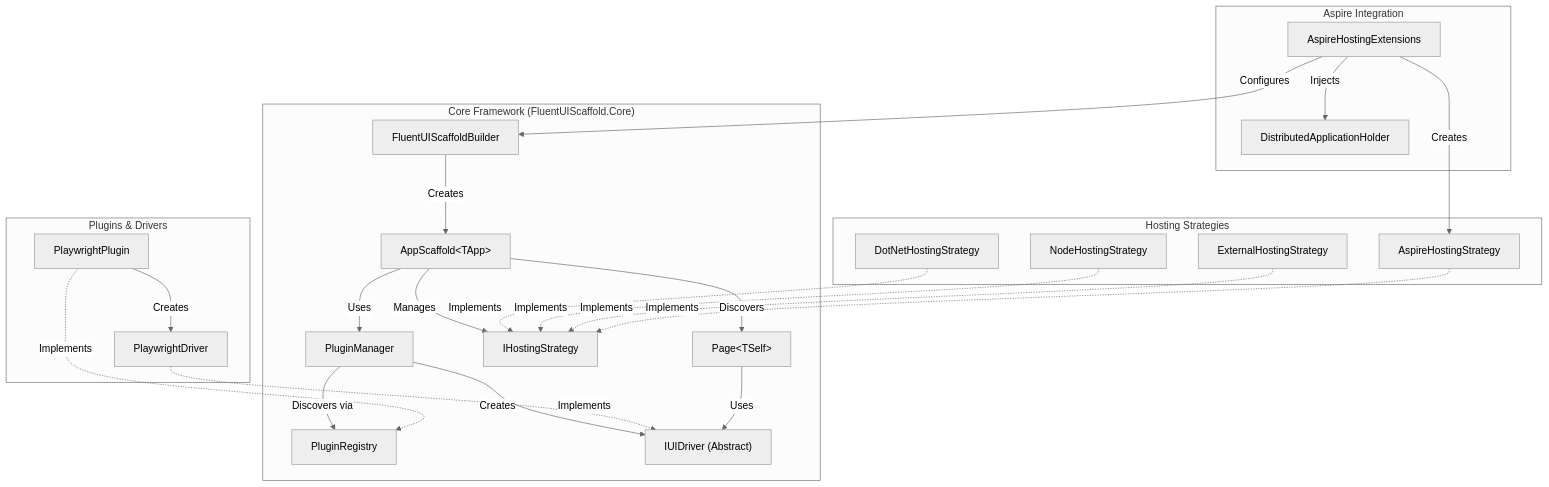
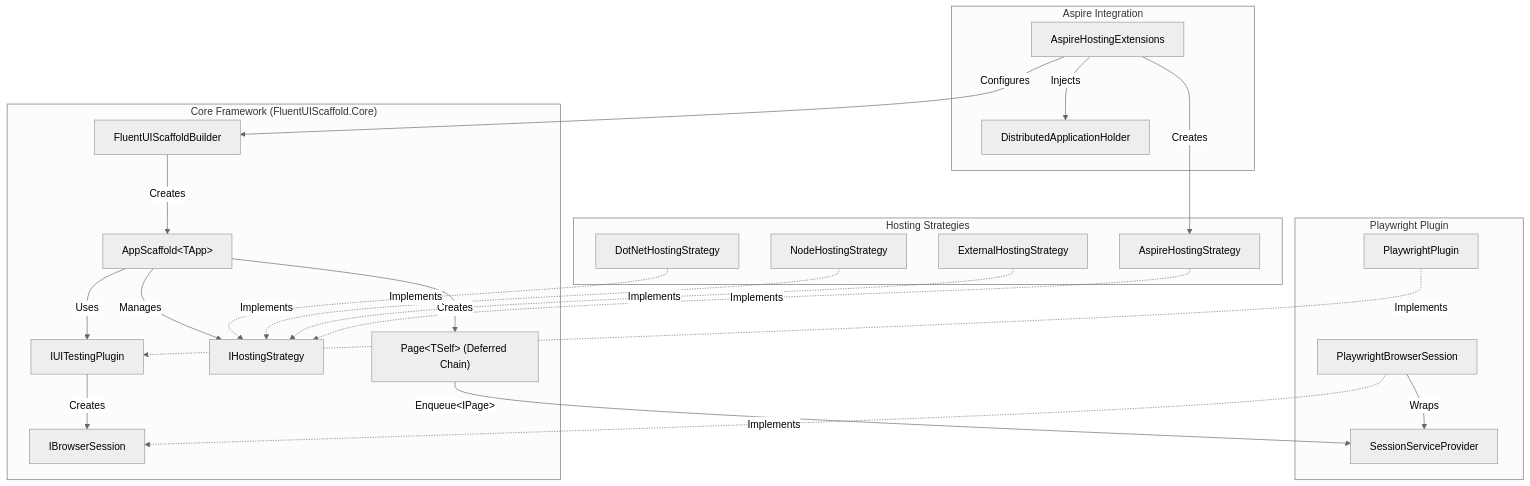
Before and after one commit to rburnham52/fluent-ui-scaffold: the first of 2 diagrams in docs/architecture.md, drawn with Mermaid (neutral theme). The commit also changed other lines of this file and 112 other files, not shown here.

First line of the commit message:
refactor: Foundation redesign - deferred execution chains and plugin/session architecture (#32)

````diff
--- a/docs/architecture.md
+++ b/docs/architecture.md
@@ -5,52 +5,51 @@
 ```mermaid
 graph TD
     subgraph "Core Framework (FluentUIScaffold.Core)"
         App["AppScaffold&lt;TApp&gt;"]
         Builder["FluentUIScaffoldBuilder"]
-        PM["PluginManager"]
-        PR["PluginRegistry"]
+        Plugin["IUITestingPlugin"]
+        Session["IBrowserSession"]
         HS["IHostingStrategy"]
-        Driver["IUIDriver (Abstract)"]
-        Page["Page&lt;TSelf&gt;"]
+        Page["Page&lt;TSelf&gt; (Deferred Chain)"]
     end
 
-    subgraph "Plugins & Drivers"
+    subgraph "Playwright Plugin"
         PP["PlaywrightPlugin"]
-        PD["PlaywrightDriver"]
+        PBS["PlaywrightBrowserSession"]
+        SSP["SessionServiceProvider"]
     end
 
     subgraph "Hosting Strategies"
         DHS["DotNetHostingStrategy"]
         NHS["NodeHostingStrategy"]
         EHS["ExternalHostingStrategy"]
         AHS["AspireHostingStrategy"]
     end
 
     subgraph "Aspire Integration"
         AH["AspireHostingExtensions"]
         DASH["DistributedApplicationHolder"]
     end
 
     %% Relationships
     Builder -->|Creates| App
-    App -->|Uses| PM
-    PM -->|Discovers via| PR
-    PM -->|Creates| Driver
+    App -->|Uses| Plugin
+    Plugin -->|Creates| Session
     App -->|Manages| HS
-    App -->|Discovers| Page
+    App -->|Creates| Page
 
-    PP -.->|Implements| PR
-    PD -.->|Implements| Driver
-    PP -->|Creates| PD
+    PP -.->|Implements| Plugin
+    PBS -.->|Implements| Session
+    PBS -->|Wraps| SSP
 
     DHS -.->|Implements| HS
     NHS -.->|Implements| HS
     EHS -.->|Implements| HS
     AHS -.->|Implements| HS
 
     AH -->|Injects| DASH
     AH -->|Configures| Builder
     AH -->|Creates| AHS
 
-    Page -->|Uses| Driver
+    Page -->|Enqueue&lt;IPage&gt;| SSP
 ```
````
